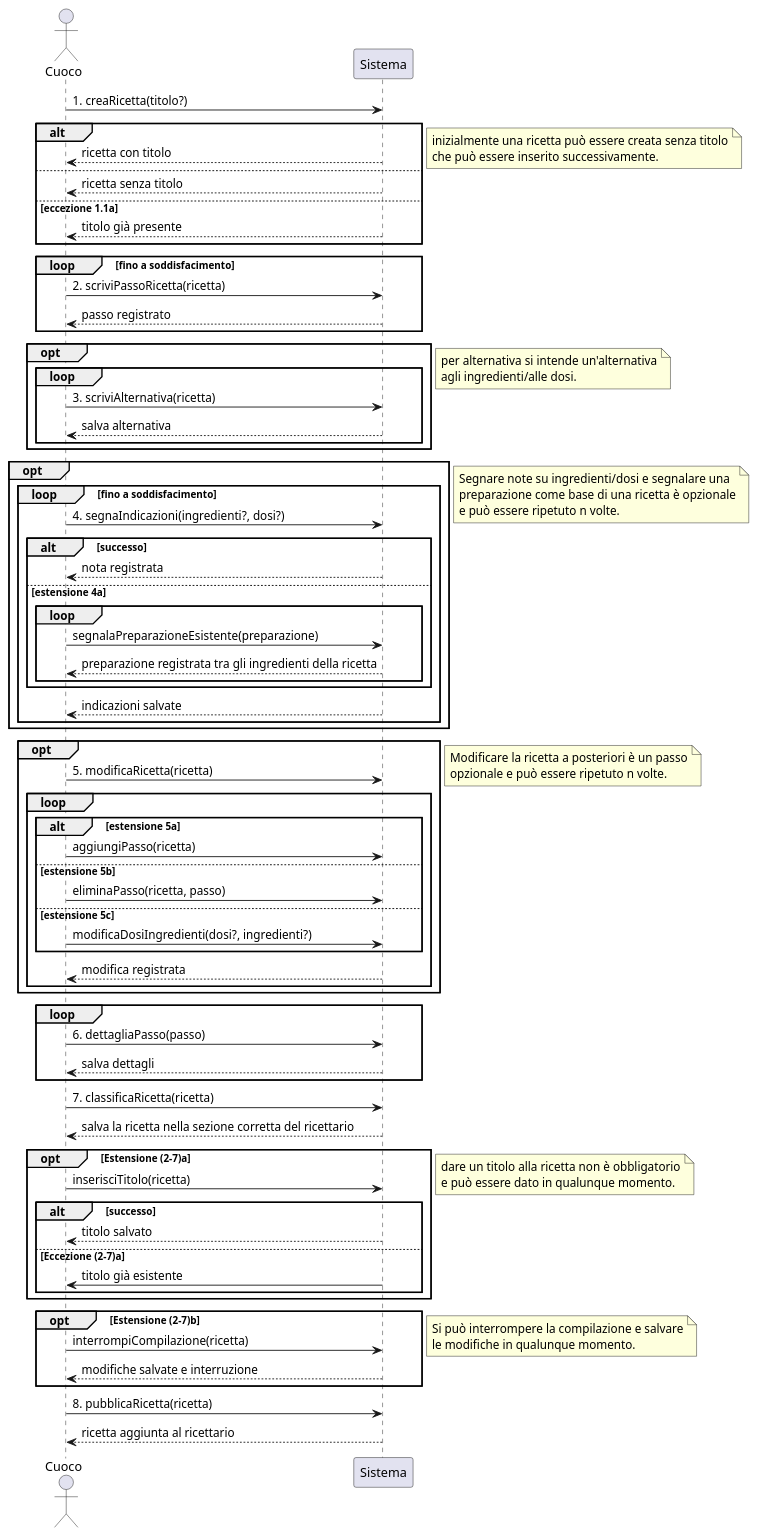
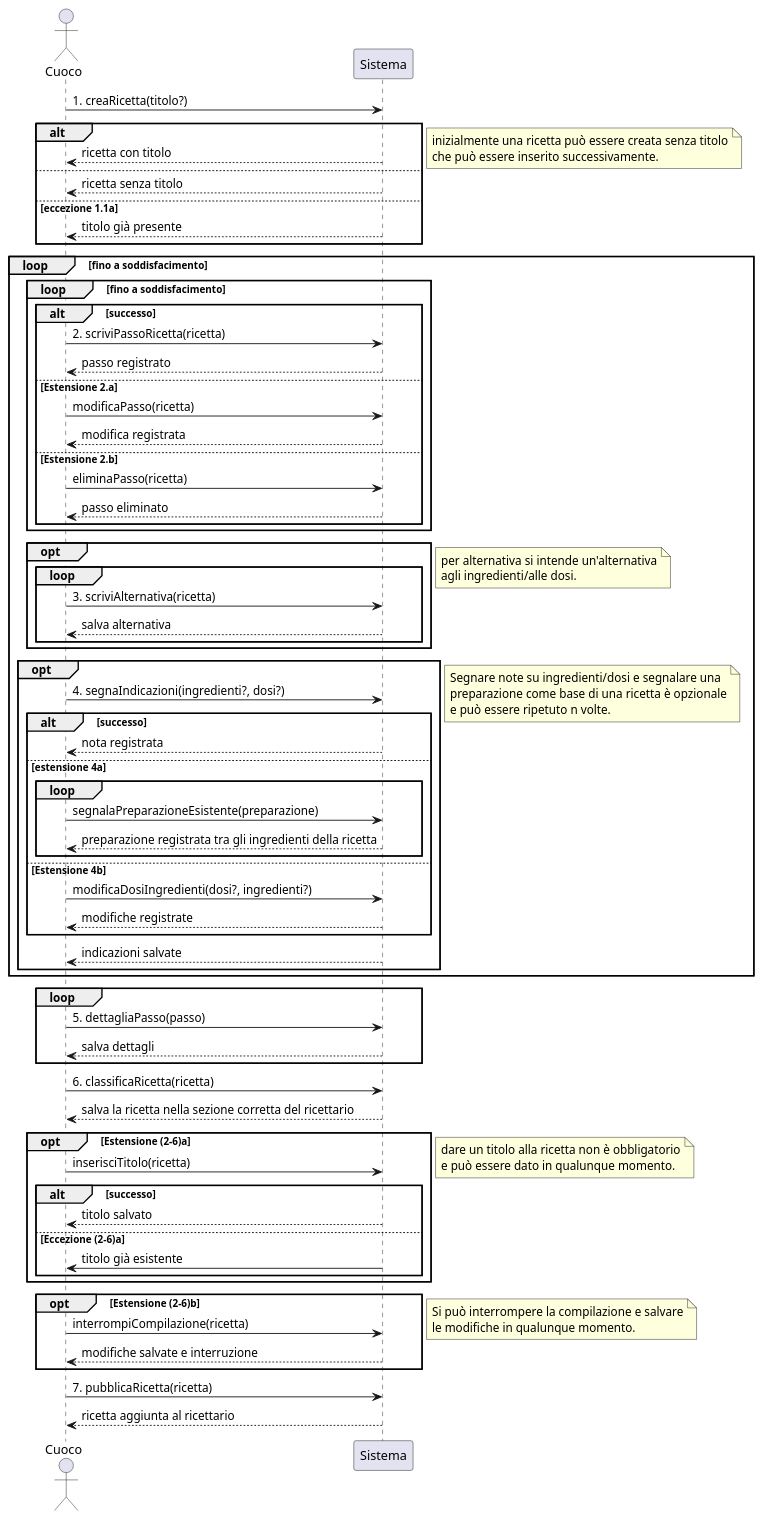
One commit to m0canu1/sas changed the diagram in ssd/ssd-ricette.md. Above: the diagram before and after it, drawn with PlantUML. The commit also changed 1 other file, not shown here.

Commit message:
Modifiche all'ssd e ad un dsd

```diff
--- a/ssd/ssd-ricette.md
+++ b/ssd/ssd-ricette.md
@@ -13,79 +13,73 @@
 	Sistema --> Cuoco : titolo già presente
 end
 note right: inizialmente una ricetta può essere creata senza titolo\nche può essere inserito successivamente.
-
-loop fino a soddisfacimento 
-	Cuoco -> Sistema : 2. scriviPassoRicetta(ricetta)
-	Sistema --> Cuoco : passo registrato
+loop fino a soddisfacimento
+    loop fino a soddisfacimento 
+    	alt successo 
+            Cuoco -> Sistema : 2. scriviPassoRicetta(ricetta)
+    	    Sistema --> Cuoco : passo registrato
+        else Estensione 2.a
+            Cuoco -> Sistema: modificaPasso(ricetta)
+            Sistema --> Cuoco: modifica registrata
+        else Estensione 2.b
+            Cuoco -> Sistema: eliminaPasso(ricetta)
+            Sistema --> Cuoco: passo eliminato
+        end
+    end
+    
+    opt
+    	loop
+    		Cuoco -> Sistema : 3. scriviAlternativa(ricetta)
+    	 	Sistema --> Cuoco : salva alternativa
+    	end
+    end
+    note right: per alternativa si intende un'alternativa\nagli ingredienti/alle dosi.
+    
+    opt
+    		
+    		Cuoco -> Sistema : 4. segnaIndicazioni(ingredienti?, dosi?)
+    		alt successo
+    			Sistema --> Cuoco : nota registrata
+    		else estensione 4a
+    			loop
+    				Cuoco -> Sistema : segnalaPreparazioneEsistente(preparazione)
+    				Sistema --> Cuoco : preparazione registrata tra gli ingredienti della ricetta
+    
+    			end	
+            else Estensione 4b
+                Cuoco -> Sistema: modificaDosiIngredienti(dosi?, ingredienti?)
+                Sistema --> Cuoco: modifiche registrate
+            end
+    
+    	Sistema --> Cuoco : indicazioni salvate
+    end
+    note right: Segnare note su ingredienti/dosi e segnalare una\npreparazione come base di una ricetta è opzionale\ne può essere ripetuto n volte.
 end
-
-opt
-	loop
-		Cuoco -> Sistema : 3. scriviAlternativa(ricetta)
-	 	Sistema --> Cuoco : salva alternativa
-	end
-end
-note right: per alternativa si intende un'alternativa\nagli ingredienti/alle dosi.
-
-opt
-	loop fino a soddisfacimento
-		
-		Cuoco -> Sistema : 4. segnaIndicazioni(ingredienti?, dosi?)
-		alt successo
-			Sistema --> Cuoco : nota registrata
-		else estensione 4a
-			loop
-				Cuoco -> Sistema : segnalaPreparazioneEsistente(preparazione)
-				Sistema --> Cuoco : preparazione registrata tra gli ingredienti della ricetta
-
-			end	
-		end
-
-	Sistema --> Cuoco : indicazioni salvate
-	end
-end
-note right: Segnare note su ingredienti/dosi e segnalare una\npreparazione come base di una ricetta è opzionale\ne può essere ripetuto n volte.
-
-opt
-	Cuoco -> Sistema : 5. modificaRicetta(ricetta)
-	loop
-		alt  estensione 5a
-			Cuoco -> Sistema : aggiungiPasso(ricetta)
-		else estensione 5b
-			Cuoco -> Sistema : eliminaPasso(ricetta, passo)
-		else estensione 5c
-			Cuoco -> Sistema : modificaDosiIngredienti(dosi?, ingredienti?) 
-		end
-		Sistema --> Cuoco : modifica registrata
-	end
-end
-note right: Modificare la ricetta a posteriori è un passo\nopzionale e può essere ripetuto n volte.
-
 loop
-	Cuoco -> Sistema : 6. dettagliaPasso(passo)
+	Cuoco -> Sistema : 5. dettagliaPasso(passo)
 	Sistema --> Cuoco : salva dettagli
 end
 
-Cuoco -> Sistema : 7. classificaRicetta(ricetta)
+Cuoco -> Sistema : 6. classificaRicetta(ricetta)
 Sistema --> Cuoco : salva la ricetta nella sezione corretta del ricettario
 
-opt Estensione (2-7)a
+opt Estensione (2-6)a
 		Cuoco -> Sistema : inserisciTitolo(ricetta)
 	alt successo
 		Sistema --> Cuoco : titolo salvato	
-	else Eccezione (2-7)a
+	else Eccezione (2-6)a
 		Sistema -> Cuoco : titolo già esistente
 	end
 end
 note right: dare un titolo alla ricetta non è obbligatorio\ne può essere dato in qualunque momento.
 
-opt Estensione (2-7)b
+opt Estensione (2-6)b
 	Cuoco -> Sistema : interrompiCompilazione(ricetta)
 	Sistema --> Cuoco : modifiche salvate e interruzione
 end
 note right: Si può interrompere la compilazione e salvare\nle modifiche in qualunque momento.
 
-Cuoco -> Sistema : 8. pubblicaRicetta(ricetta)
+Cuoco -> Sistema : 7. pubblicaRicetta(ricetta)
 Sistema --> Cuoco : ricetta aggiunta al ricettario
 
 
```
